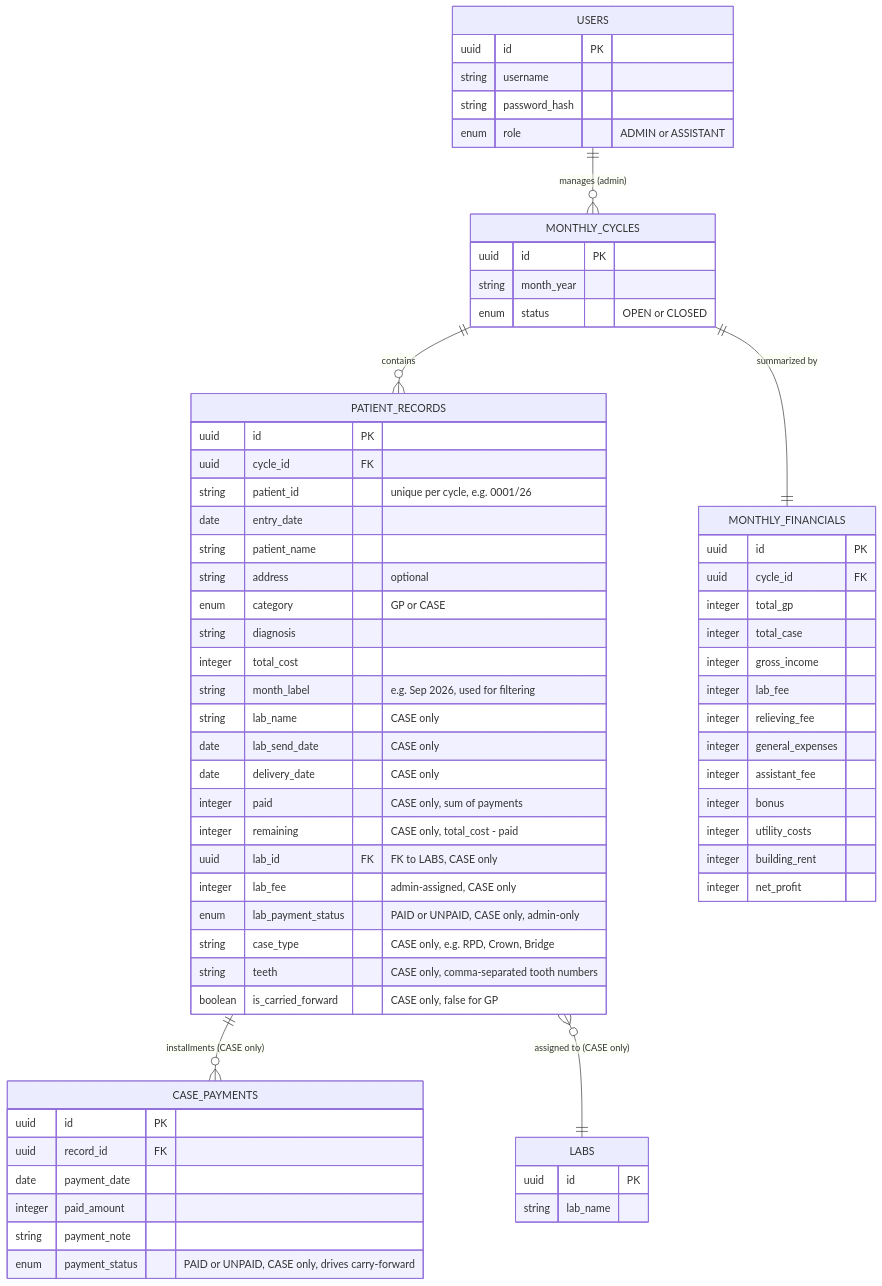
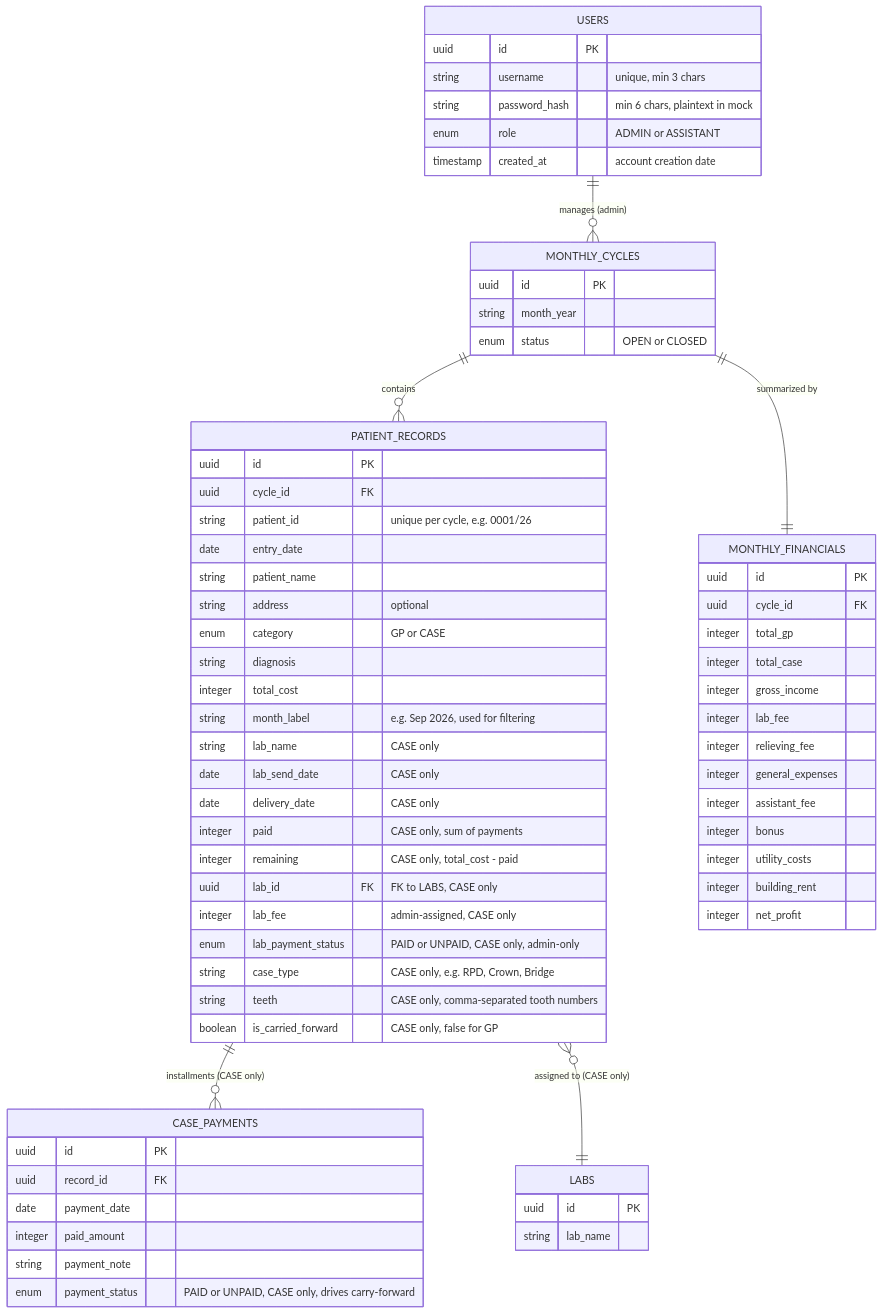
Before and after one commit to kaungmyatshwe1397/df-dashboard: the diagram in docs/dc-fms-erd.mmd, drawn with Mermaid. The commit also changed 25 other files, not shown here.

```diff
--- a/docs/dc-fms-erd.mmd
+++ b/docs/dc-fms-erd.mmd
@@ -1,81 +1,82 @@
 erDiagram
     USERS ||--o{ MONTHLY_CYCLES : "manages (admin)"
     MONTHLY_CYCLES ||--o{ PATIENT_RECORDS : "contains"
     PATIENT_RECORDS ||--o{ CASE_PAYMENTS : "installments (CASE only)"
     PATIENT_RECORDS }o--|| LABS : "assigned to (CASE only)"
     MONTHLY_CYCLES ||--|| MONTHLY_FINANCIALS : "summarized by"
 
     USERS {
         uuid id PK
-        string username
-        string password_hash
+        string username "unique, min 3 chars"
+        string password_hash "min 6 chars, plaintext in mock"
         enum role "ADMIN or ASSISTANT"
+        timestamp created_at "account creation date"
     }
 
     MONTHLY_CYCLES {
         uuid id PK
         string month_year
         enum status "OPEN or CLOSED"
     }
 
     LABS {
         uuid id PK
         string lab_name
     }
 
     PATIENT_RECORDS {
         uuid id PK
         uuid cycle_id FK
         string patient_id "unique per cycle, e.g. 0001/26"
         date entry_date
         string patient_name
         string address "optional"
         enum category "GP or CASE"
         string diagnosis
         integer total_cost
         string month_label "e.g. Sep 2026, used for filtering"
         string lab_name "CASE only"
         date lab_send_date "CASE only"
         date delivery_date "CASE only"
         integer paid "CASE only, sum of payments"
         integer remaining "CASE only, total_cost - paid"
         uuid lab_id FK "FK to LABS, CASE only"
         integer lab_fee "admin-assigned, CASE only"
         enum lab_payment_status "PAID or UNPAID, CASE only, admin-only"
         string case_type "CASE only, e.g. RPD, Crown, Bridge"
         string teeth "CASE only, comma-separated tooth numbers"
         boolean is_carried_forward "CASE only, false for GP"
     }
 
     CASE_PAYMENTS {
         uuid id PK
         uuid record_id FK
         date payment_date
         integer paid_amount
         string payment_note
         enum payment_status "PAID or UNPAID, CASE only, drives carry-forward"
     }
 
     MONTHLY_FINANCIALS {
         uuid id PK
         uuid cycle_id FK
         integer total_gp
         integer total_case
         integer gross_income
         integer lab_fee
         integer relieving_fee
         integer general_expenses
         integer assistant_fee
         integer bonus
         integer utility_costs
         integer building_rent
         integer net_profit
     }
 
     %% UI Display Note:
     %% Record table is split into two tabbed views:
     %%   Tab 1: GP Records (entry_date, patient_name, diagnosis, total_cost)
     %%   Tab 2: Case Records (entry_date, patient_name, diagnosis, lab, total_cost, balance, status, carried-forward)
     %% GP has no installments, no balance, no status column.
     %% Case tracks installments via CASE_PAYMENTS, shows balance and status.
     %% Lab Reconciliation groups case records by lab with a filter selector.
```
